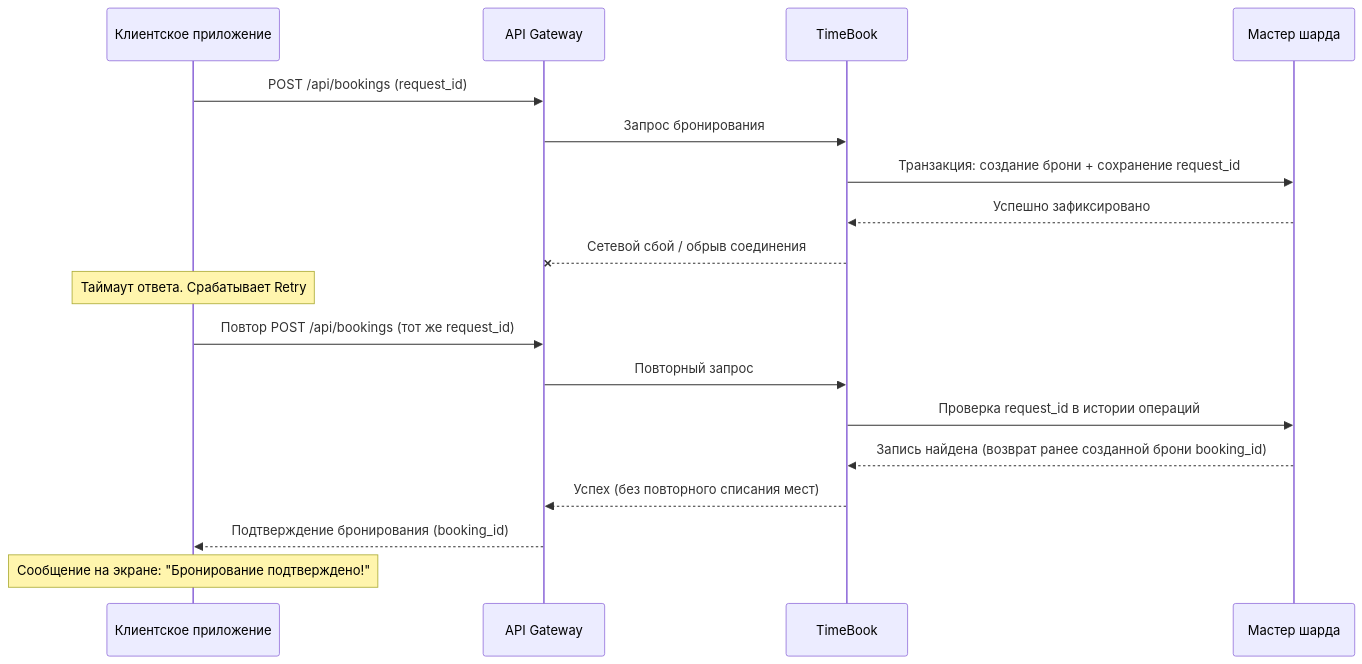
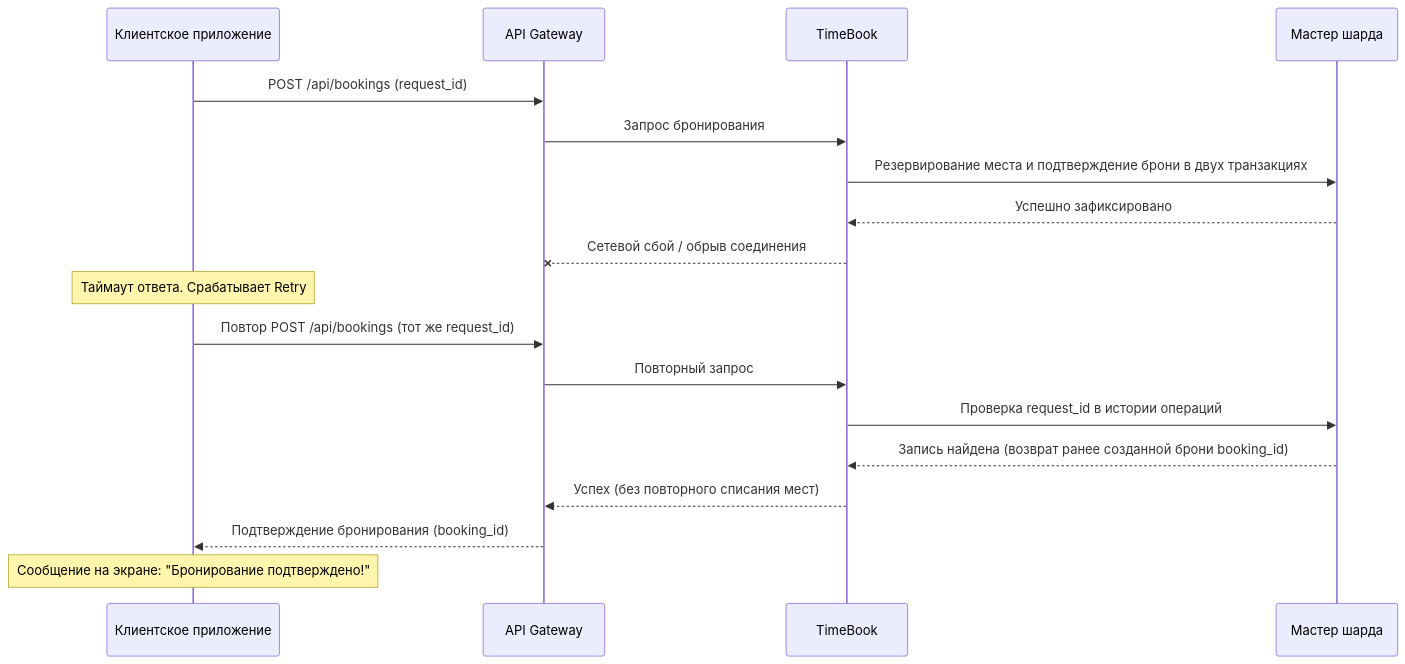
The sixth of 7 diagrams in docs/tr.md (spbu-ds-practicum-2026/4positions), drawn with Mermaid before and after one commit. The commit also changed other lines of this file, not shown here.

````diff
--- a/docs/tr.md
+++ b/docs/tr.md
@@ -334,21 +331,21 @@
 ```mermaid
 sequenceDiagram
   participant Client as Клиентское приложение
   participant APIGateway as API Gateway
   participant TimeBook as TimeBook
   participant Master as Мастер шарда
 
   Client->>APIGateway: POST /api/bookings (request_id)
   APIGateway->>TimeBook: Запрос бронирования
-  TimeBook->>Master: Транзакция: создание брони + сохранение request_id
+  TimeBook->>Master: Резервирование места и подтверждение брони в двух транзакциях
   Master-->>TimeBook: Успешно зафиксировано
   TimeBook--xAPIGateway: Сетевой сбой / обрыв соединения
   Note over Client: Таймаут ответа. Срабатывает Retry
   Client->>APIGateway: Повтор POST /api/bookings (тот же request_id)
   APIGateway->>TimeBook: Повторный запрос
   TimeBook->>Master: Проверка request_id в истории операций
   Master-->>TimeBook: Запись найдена (возврат ранее созданной брони booking_id)
   TimeBook-->>APIGateway: Успех (без повторного списания мест)
   APIGateway-->>Client: Подтверждение бронирования (booking_id)
   Note over Client: Сообщение на экране: "Бронирование подтверждено!"
 ```
````
